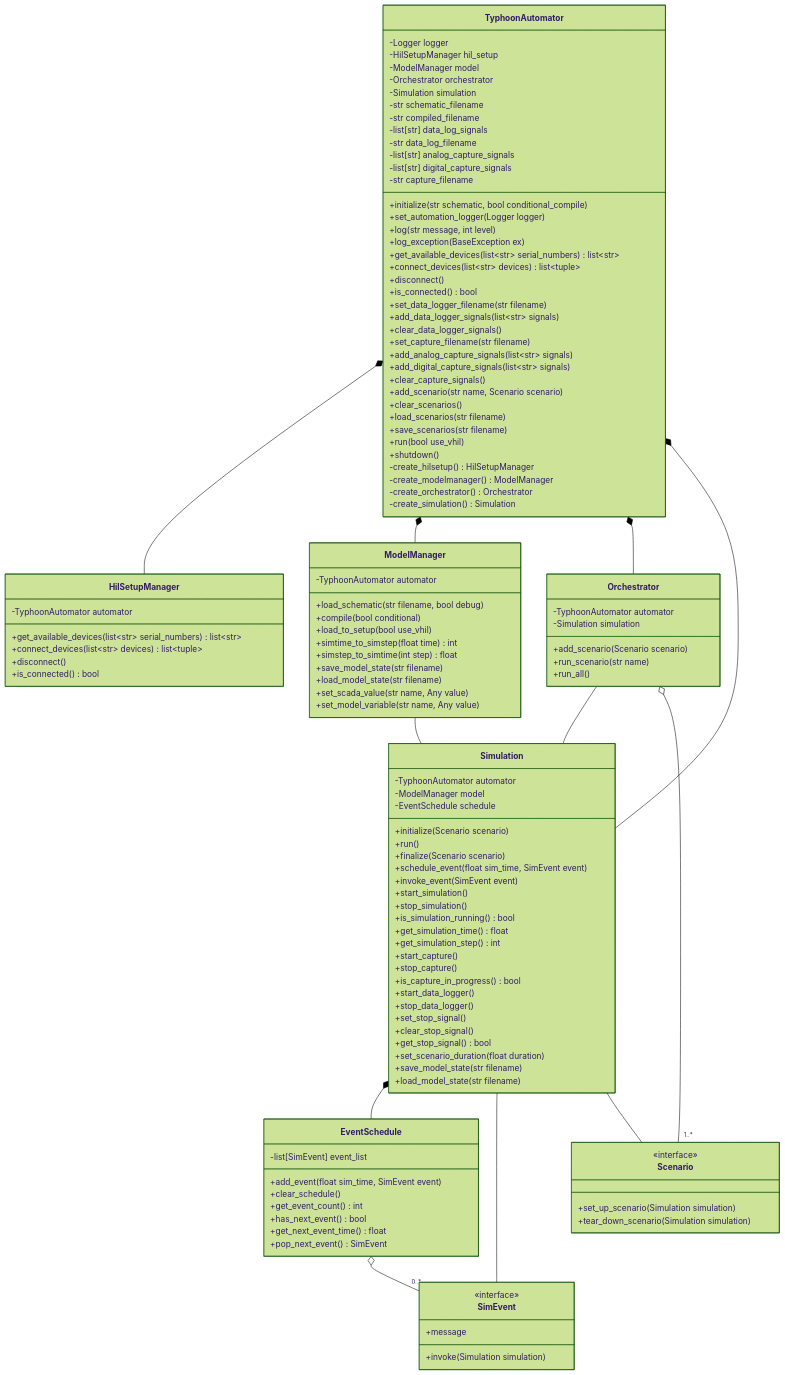
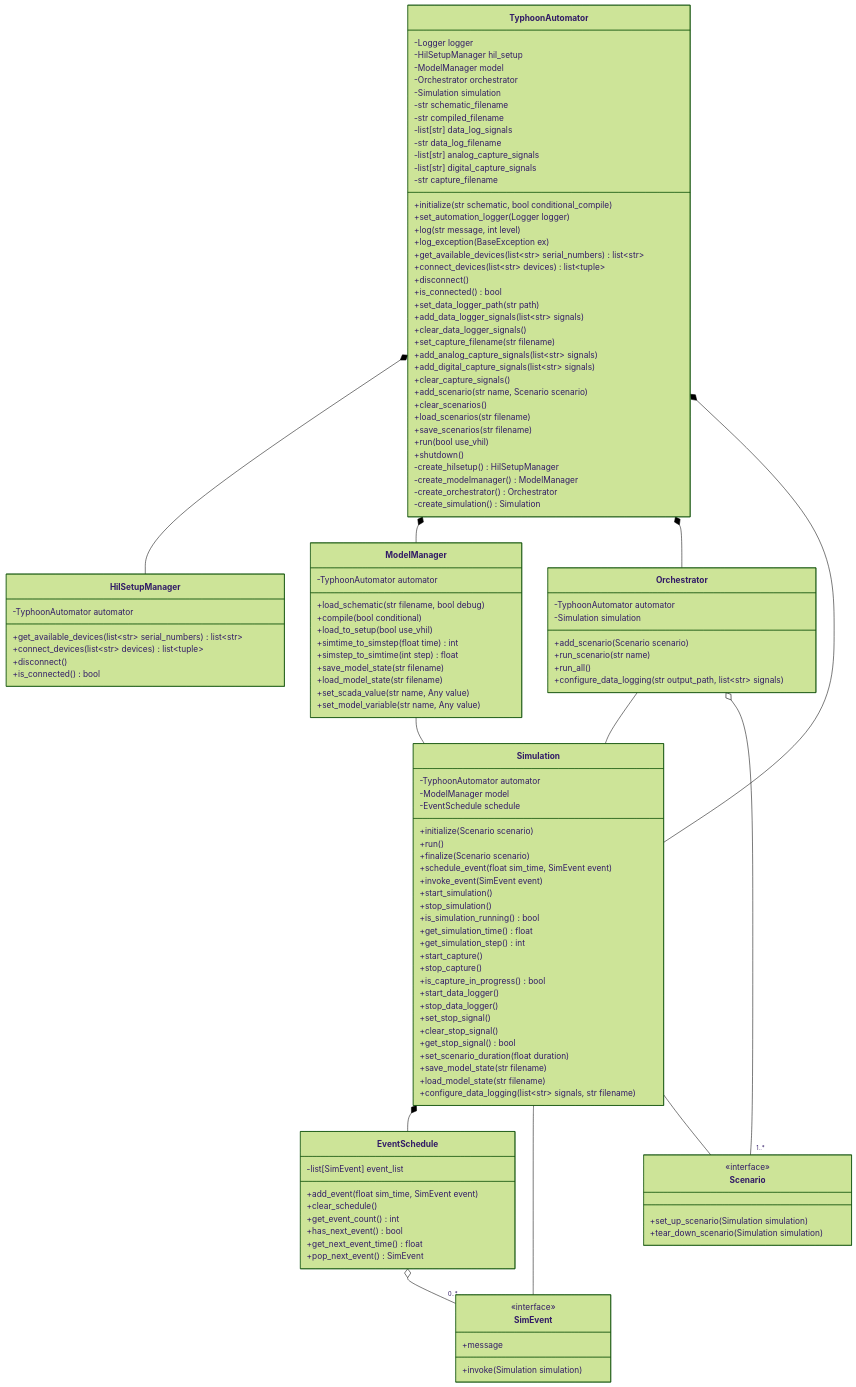
Before and after one commit to UWM-SEES/TyphoonAutomation: the diagram in docs/code/classes.md, drawn with Mermaid (forest theme).

Commit message:
Update documentation for data logging

```diff
--- a/docs/code/classes.md
+++ b/docs/code/classes.md
@@ -29,7 +29,7 @@
     +disconnect()
     +is_connected() bool
 
-    +set_data_logger_filename(str filename)
+    +set_data_logger_path(str path)
     +add_data_logger_signals(list~str~ signals)
     +clear_data_logger_signals()
 
@@ -92,6 +92,8 @@
     +add_scenario(Scenario scenario)
     +run_scenario(str name)
     +run_all()
+
+    +configure_data_logging(str output_path, list~str~ signals)
   }
 
   Orchestrator -- Simulation
@@ -131,6 +133,8 @@
 
     +save_model_state(str filename)
     +load_model_state(str filename)
+
+    +configure_data_logging(list~str~ signals, str filename)
   }
 
   Simulation *-- EventSchedule
```
